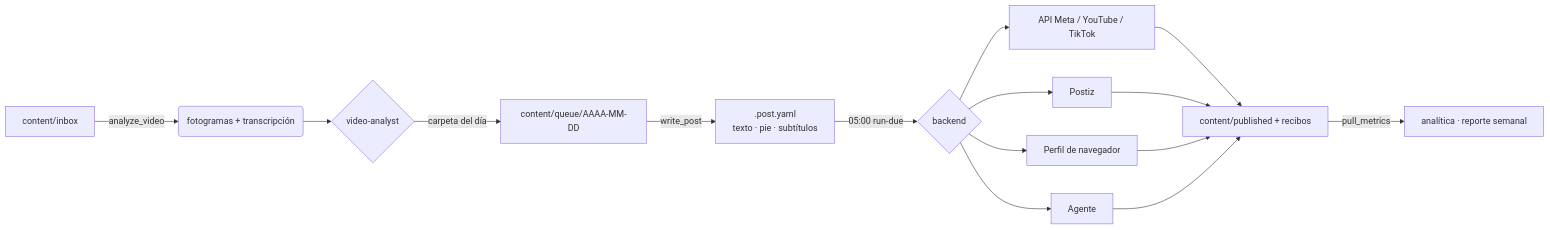
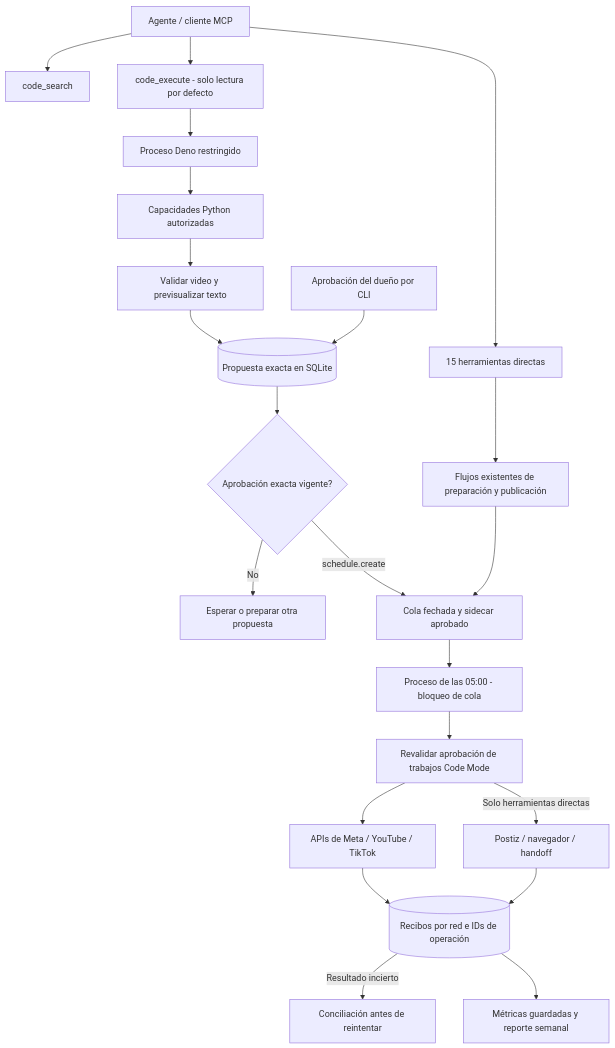
The diagram in README.es.md (robgallardof/social-publisher-mcp), drawn with Mermaid before and after one commit. The commit also changed other lines of this file and 13 other files, not shown here.

Commit message:
Refresh Code Mode setup documentation and Archify publishing flows

````diff
--- a/README.es.md
+++ b/README.es.md
@@ -146,14 +169,24 @@
 ```mermaid
-flowchart LR
-    A[content/inbox] -->|analyze_video| B(fotogramas + transcripción)
-    B --> C{video-analyst}
-    C -->|carpeta del día| D[content/queue/AAAA-MM-DD]
-    D -->|write_post| E[.post.yaml<br/>texto · pie · subtítulos]
-    E -->|05:00 run-due| F{backend}
-    F --> G[API Meta / YouTube / TikTok]
-    F --> H[Postiz]
-    F --> I[Perfil de navegador]
-    F --> J[Agente]
-    G & H & I & J --> K[content/published + recibos]
-    K -->|pull_metrics| L[analítica · reporte semanal]
+flowchart TD
+    Agent[Agente / cliente MCP] --> Direct[15 herramientas directas]
+    Agent --> Search[code_search]
+    Agent --> Execute[code_execute - solo lectura por defecto]
+    Execute --> Deno[Proceso Deno restringido]
+    Deno --> Bridge[Capacidades Python autorizadas]
+    Bridge --> Preview[Validar video y previsualizar texto]
+    Preview --> Proposal[(Propuesta exacta en SQLite)]
+    Owner[Aprobación del dueño por CLI] --> Proposal
+    Proposal --> Grant{Aprobación exacta vigente?}
+    Grant -->|No| Wait[Esperar o preparar otra propuesta]
+    Grant -->|schedule.create| Queue[Cola fechada y sidecar aprobado]
+    Direct --> Legacy[Flujos existentes de preparación y publicación]
+    Legacy --> Queue
+    Queue --> Runner[Proceso de las 05:00 - bloqueo de cola]
+    Runner --> Recheck[Revalidar aprobación de trabajos Code Mode]
+    Recheck --> Official[APIs de Meta / YouTube / TikTok]
+    Recheck -->|Solo herramientas directas| Other[Postiz / navegador / handoff]
+    Official --> Receipts[(Recibos por red e IDs de operación)]
+    Other --> Receipts
+    Receipts -->|Resultado incierto| Reconcile[Conciliación antes de reintentar]
+    Receipts --> Metrics[Métricas guardadas y reporte semanal]
 ```
````
